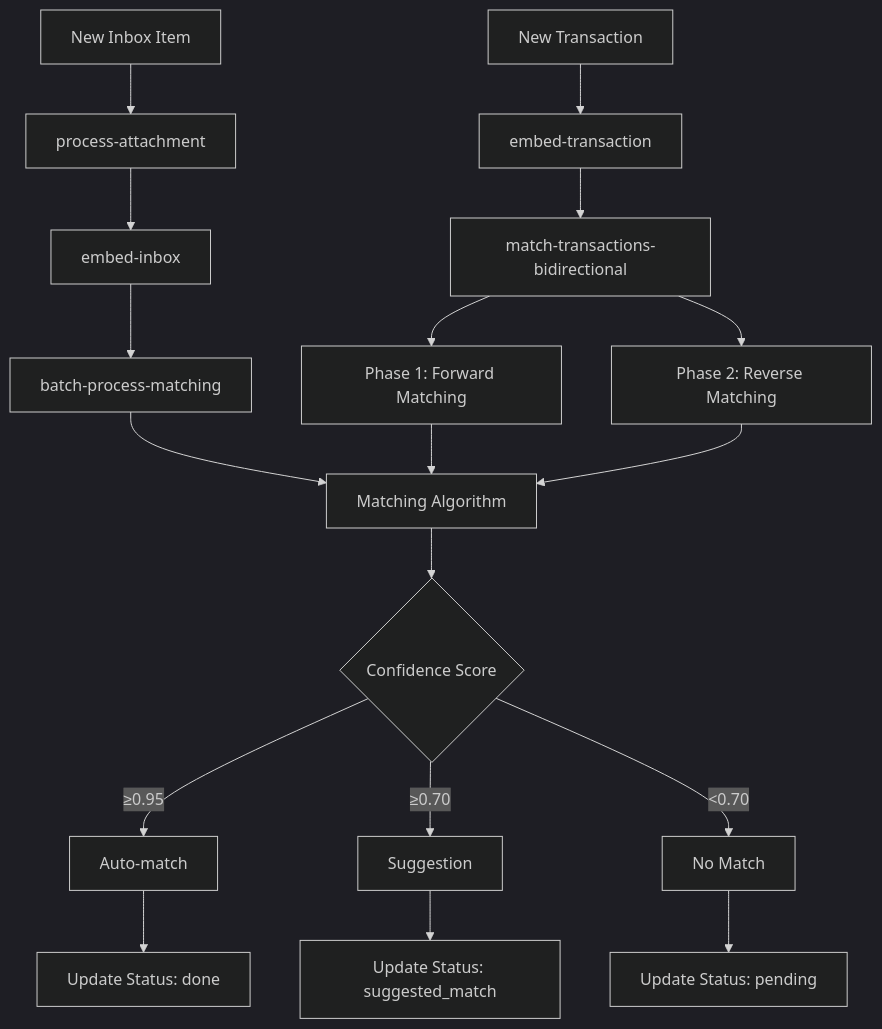
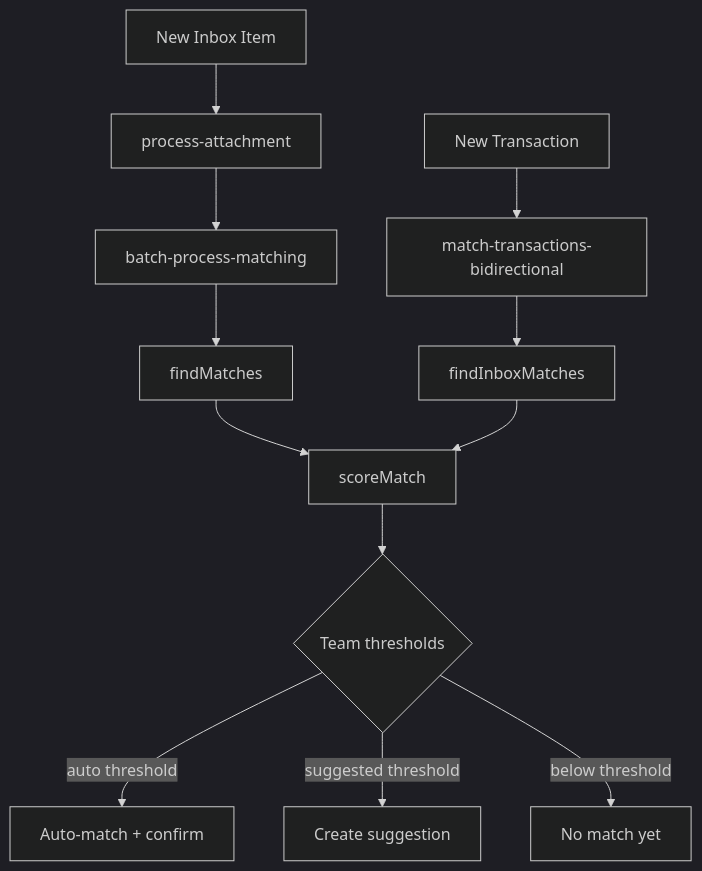
The diagram in docs/inbox-matching.md (midday-ai/midday), drawn with Mermaid (dark theme) before and after one commit. The commit also changed other lines of this file and 29 other files, not shown here.

````diff
--- a/docs/inbox-matching.md
+++ b/docs/inbox-matching.md
@@ -35,24 +29,16 @@
 ```mermaid
 graph TD
-    A[New Transaction] --> B[embed-transaction]
-    C[New Inbox Item] --> D[process-attachment]
-    
-    B --> E[match-transactions-bidirectional]
-    D --> F[embed-inbox]
-    F --> G[batch-process-matching]
-    
-    E --> H[Phase 1: Forward Matching]
-    E --> I[Phase 2: Reverse Matching]
-    G --> J[Matching Algorithm]
-    H --> J
-    I --> J
-    
-    J --> K{Confidence Score}
-    K -->|≥0.95| L[Auto-match]
-    K -->|≥0.70| M[Suggestion]
-    K -->|<0.70| N[No Match]
-    
-    L --> O[Update Status: done]
-    M --> P[Update Status: suggested_match]
-    N --> Q[Update Status: pending]
+  A[New Inbox Item] --> B[process-attachment]
+  B --> C[batch-process-matching]
+  C --> D[findMatches]
+
+  E[New Transaction] --> F[match-transactions-bidirectional]
+  F --> G[findInboxMatches]
+
+  D --> H[scoreMatch]
+  G --> H
+  H --> I{Team thresholds}
+  I -->|auto threshold| J[Auto-match + confirm]
+  I -->|suggested threshold| K[Create suggestion]
+  I -->|below threshold| L[No match yet]
 ```
````
